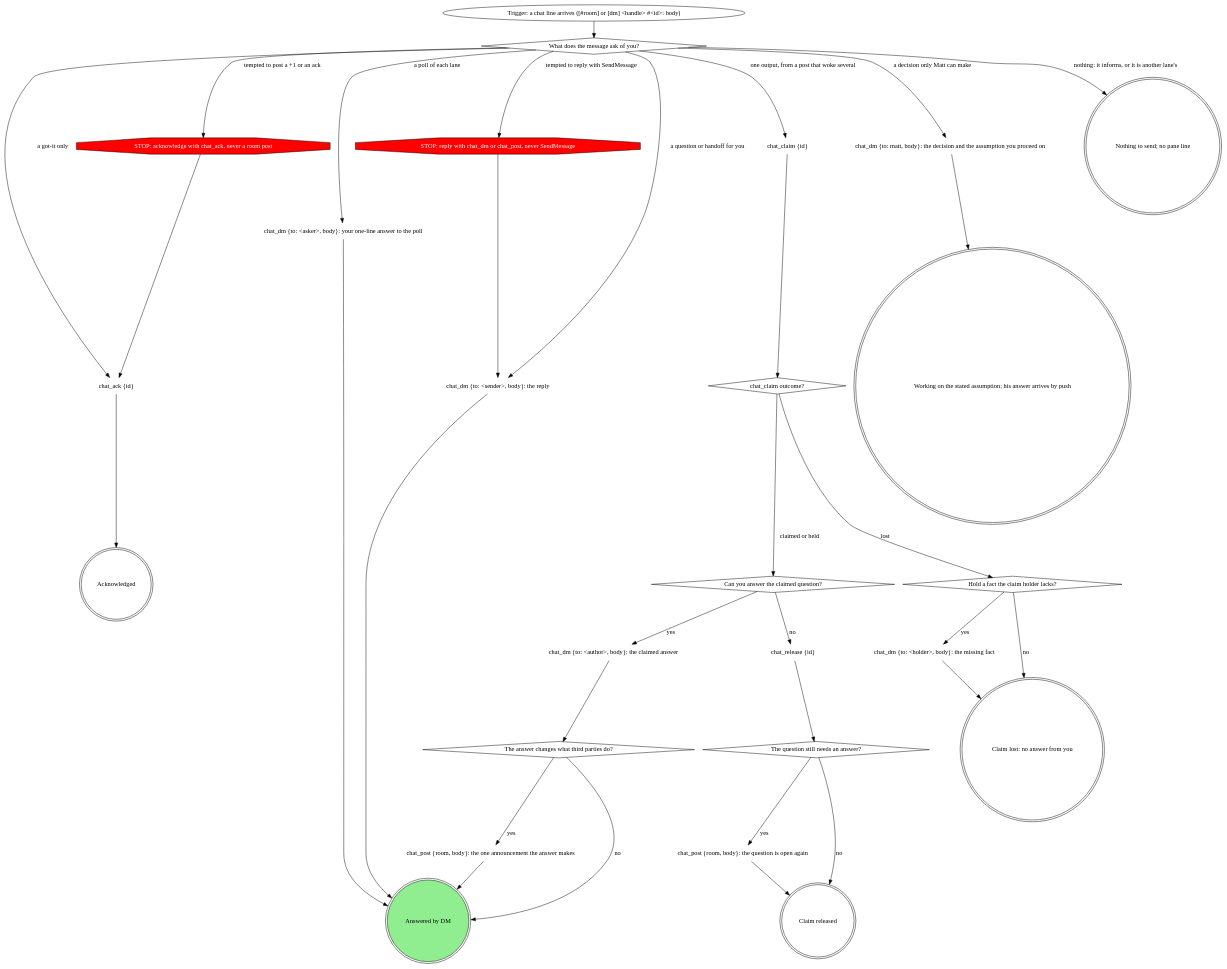
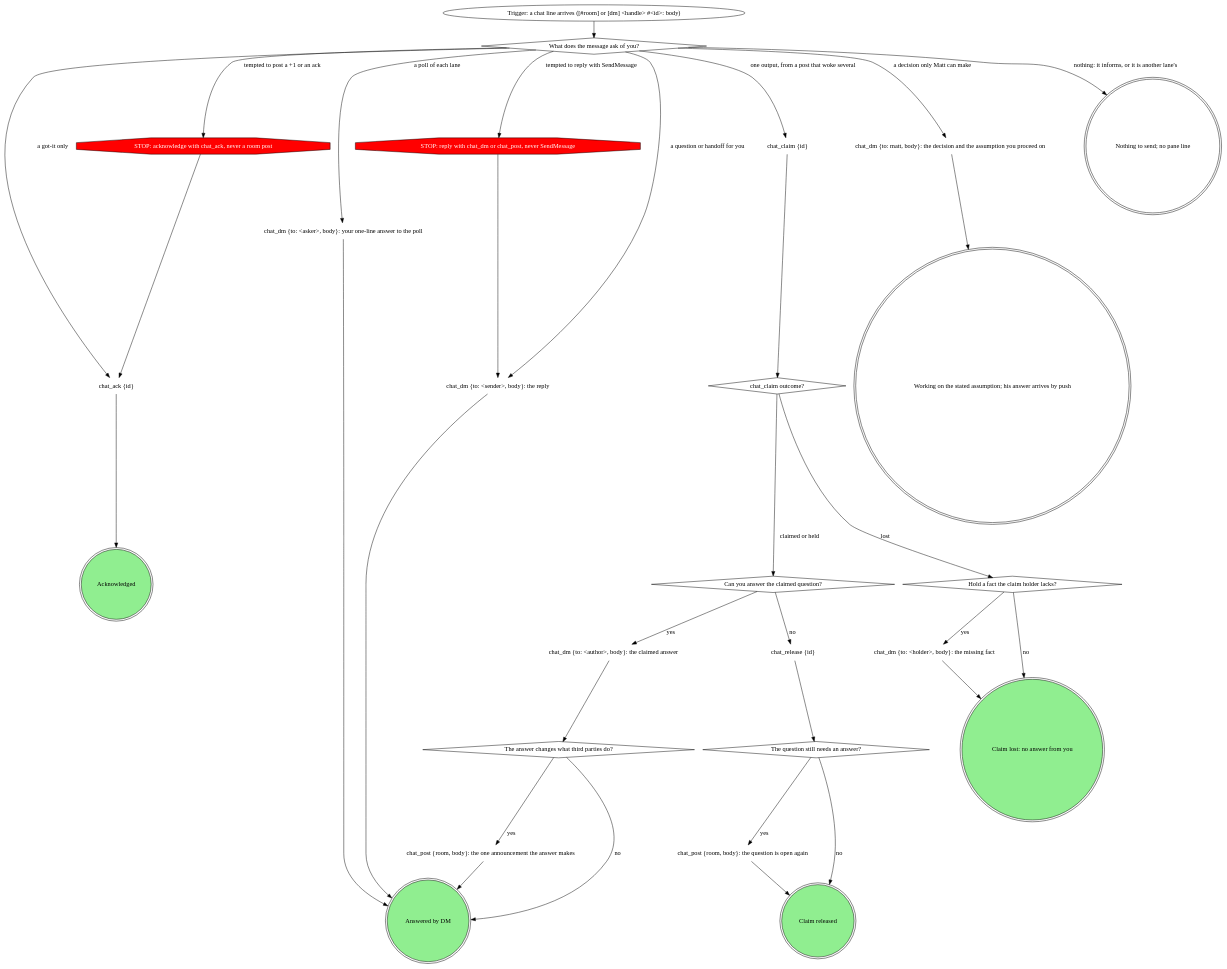
One commit to m4ttstack/mattstack changed the second of 4 diagrams in skills/rt-chat/SKILL.md. Above: the diagram before and after it, drawn with Graphviz. The commit also changed other lines of this file, not shown here.

Commit message:
rt-chat: sign in with the Bash verbs after /clear; recruiting walks the sign-in graph

````diff
--- a/skills/rt-chat/SKILL.md
+++ b/skills/rt-chat/SKILL.md
@@ -124,63 +143,63 @@
 ```dot
 digraph chat_message_arrives {
     rankdir=TB;
 
     "Trigger: a chat line arrives ([#room] or [dm] <handle> #<id>: body)" [shape=ellipse];
     "What does the message ask of you?" [shape=diamond];
     "chat_ack {id}" [shape=plaintext];
     "chat_claim {id}" [shape=plaintext];
     "chat_claim outcome?" [shape=diamond];
     "Can you answer the claimed question?" [shape=diamond];
     "chat_dm {to: <author>, body}: the claimed answer" [shape=plaintext];
     "The answer changes what third parties do?" [shape=diamond];
     "chat_post {room, body}: the one announcement the answer makes" [shape=plaintext];
     "chat_release {id}" [shape=plaintext];
     "The question still needs an answer?" [shape=diamond];
     "chat_post {room, body}: the question is open again" [shape=plaintext];
     "Hold a fact the claim holder lacks?" [shape=diamond];
     "chat_dm {to: <holder>, body}: the missing fact" [shape=plaintext];
     "chat_dm {to: <asker>, body}: your one-line answer to the poll" [shape=plaintext];
     "chat_dm {to: <sender>, body}: the reply" [shape=plaintext];
     "chat_dm {to: matt, body}: the decision and the assumption you proceed on" [shape=plaintext];
     "STOP: reply with chat_dm or chat_post, never SendMessage" [shape=octagon style=filled fillcolor=red fontcolor=white];
     "STOP: acknowledge with chat_ack, never a room post" [shape=octagon style=filled fillcolor=red fontcolor=white];
     "Nothing to send; no pane line" [shape=doublecircle];
-    "Acknowledged" [shape=doublecircle];
-    "Claim lost: no answer from you" [shape=doublecircle];
-    "Claim released" [shape=doublecircle];
+    "Acknowledged" [shape=doublecircle style=filled fillcolor=lightgreen];
+    "Claim lost: no answer from you" [shape=doublecircle style=filled fillcolor=lightgreen];
+    "Claim released" [shape=doublecircle style=filled fillcolor=lightgreen];
     "Working on the stated assumption; his answer arrives by push" [shape=doublecircle];
     "Answered by DM" [shape=doublecircle style=filled fillcolor=lightgreen];
 
     "Trigger: a chat line arrives ([#room] or [dm] <handle> #<id>: body)" -> "What does the message ask of you?";
     "What does the message ask of you?" -> "Nothing to send; no pane line" [label="nothing: it informs, or it is another lane's"];
     "What does the message ask of you?" -> "chat_ack {id}" [label="a got-it only"];
     "What does the message ask of you?" -> "chat_claim {id}" [label="one output, from a post that woke several"];
     "What does the message ask of you?" -> "chat_dm {to: <asker>, body}: your one-line answer to the poll" [label="a poll of each lane"];
     "What does the message ask of you?" -> "chat_dm {to: <sender>, body}: the reply" [label="a question or handoff for you"];
     "What does the message ask of you?" -> "chat_dm {to: matt, body}: the decision and the assumption you proceed on" [label="a decision only Matt can make"];
     "What does the message ask of you?" -> "STOP: reply with chat_dm or chat_post, never SendMessage" [label="tempted to reply with SendMessage"];
     "What does the message ask of you?" -> "STOP: acknowledge with chat_ack, never a room post" [label="tempted to post a +1 or an ack"];
     "STOP: reply with chat_dm or chat_post, never SendMessage" -> "chat_dm {to: <sender>, body}: the reply";
     "STOP: acknowledge with chat_ack, never a room post" -> "chat_ack {id}";
     "chat_ack {id}" -> "Acknowledged";
     "chat_claim {id}" -> "chat_claim outcome?";
     "chat_claim outcome?" -> "Can you answer the claimed question?" [label="claimed or held"];
     "chat_claim outcome?" -> "Hold a fact the claim holder lacks?" [label="lost"];
     "Can you answer the claimed question?" -> "chat_dm {to: <author>, body}: the claimed answer" [label="yes"];
     "Can you answer the claimed question?" -> "chat_release {id}" [label="no"];
     "chat_dm {to: <author>, body}: the claimed answer" -> "The answer changes what third parties do?";
     "The answer changes what third parties do?" -> "chat_post {room, body}: the one announcement the answer makes" [label="yes"];
     "The answer changes what third parties do?" -> "Answered by DM" [label="no"];
     "chat_post {room, body}: the one announcement the answer makes" -> "Answered by DM";
     "chat_release {id}" -> "The question still needs an answer?";
     "The question still needs an answer?" -> "chat_post {room, body}: the question is open again" [label="yes"];
     "The question still needs an answer?" -> "Claim released" [label="no"];
     "chat_post {room, body}: the question is open again" -> "Claim released";
     "Hold a fact the claim holder lacks?" -> "chat_dm {to: <holder>, body}: the missing fact" [label="yes"];
     "Hold a fact the claim holder lacks?" -> "Claim lost: no answer from you" [label="no"];
     "chat_dm {to: <holder>, body}: the missing fact" -> "Claim lost: no answer from you";
     "chat_dm {to: <asker>, body}: your one-line answer to the poll" -> "Answered by DM";
     "chat_dm {to: <sender>, body}: the reply" -> "Answered by DM";
     "chat_dm {to: matt, body}: the decision and the assumption you proceed on" -> "Working on the stated assumption; his answer arrives by push";
 }
 ```
````
